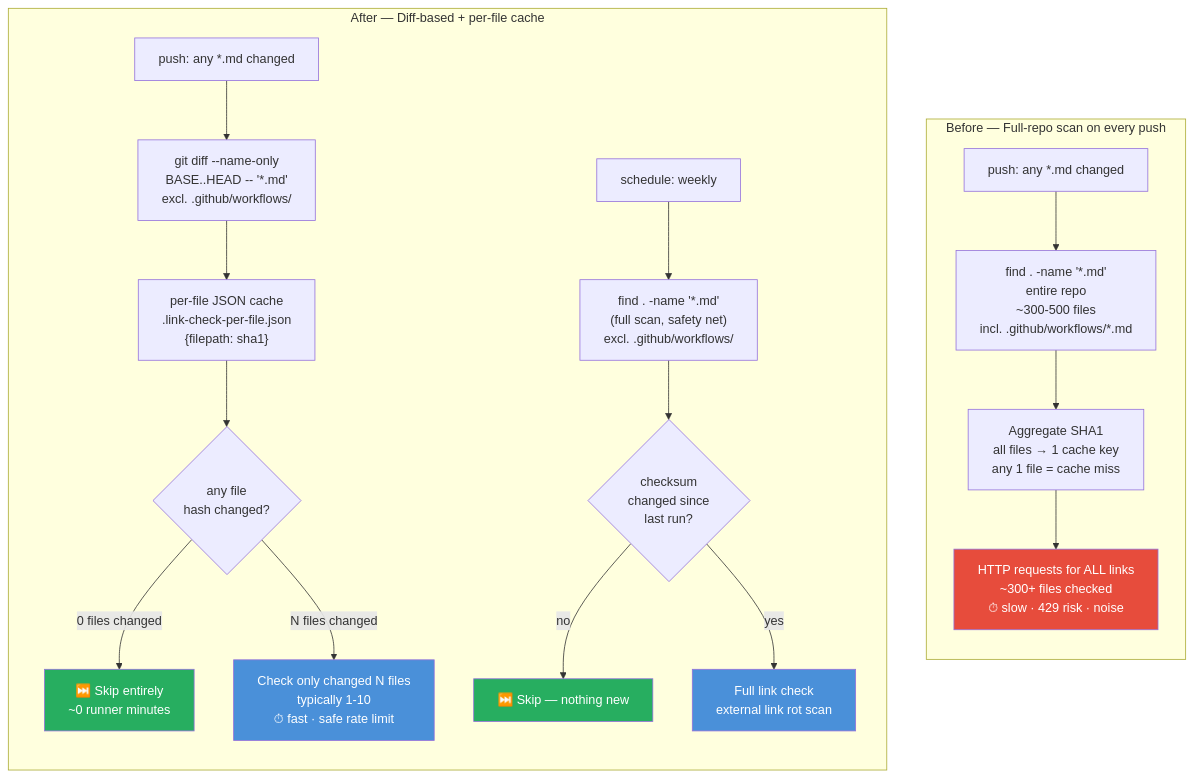
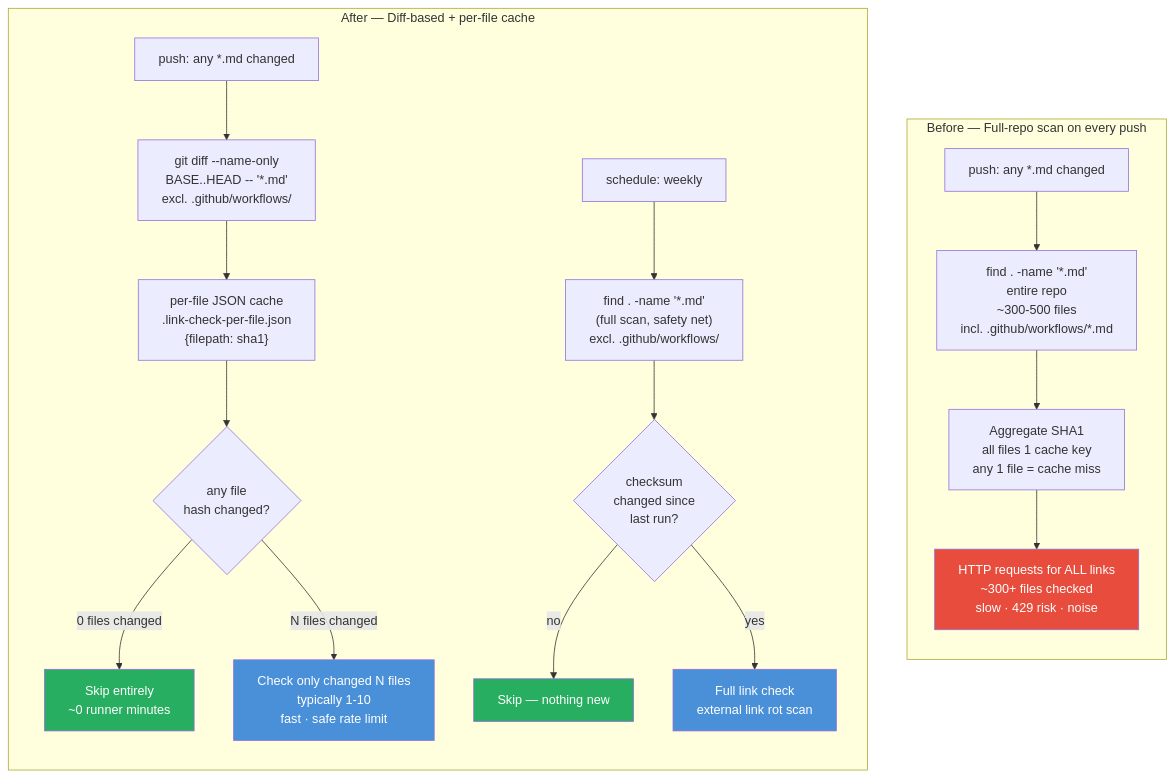
Before and after one commit to Aries-Serpent/_codex_: the fifth of 9 diagrams in docs/roadmap/PR4346_whats_next.md, drawn with Mermaid. The commit also changed other lines of this file and 4117 other files, not shown here.

````diff
--- a/docs/roadmap/PR4346_whats_next.md
+++ b/docs/roadmap/PR4346_whats_next.md
@@ -413,29 +442,42 @@
 ```mermaid
 %%{init: {'accessibility': {'title': 'Flowchart showing "push: any *.md changed", "find . -name '*.md'\nentire repo\n~300-500 files\nincl. .github/workflows/*.md"'}}%%
+
 flowchart TB
-    subgraph "Before — Full-repo scan on every push"
-        direction TB
-        P1["push: any *.md changed"] --> S1["find . -name '*.md'\nentire repo\n~300-500 files\nincl. .github/workflows/*.md"]
-        S1 --> C1["Aggregate SHA1\nall files → 1 cache key\nany 1 file = cache miss"]
-        C1 --> R1["HTTP requests for ALL links\n~300+ files checked\n⏱ slow · 429 risk · noise"]
-    end
+ subgraph "Before — Full-repo scan on every push"
+ direction TB
 
-    subgraph "After — Diff-based + per-file cache"
-        direction TB
-        P2["push: any *.md changed"] --> D2["git diff --name-only\nBASE..HEAD -- '*.md'\nexcl. .github/workflows/"]
-        D2 --> CF2["per-file JSON cache\n.link-check-per-file.json\n{filepath: sha1}"]
-        CF2 --> F2{any file\nhash changed?}
-        F2 -- "0 files changed" --> SK2["⏭️ Skip entirely\n~0 runner minutes"]
-        F2 -- "N files changed" --> R2["Check only changed N files\ntypically 1-10\n⏱ fast · safe rate limit"]
-        P3["schedule: weekly"] --> FS3["find . -name '*.md'\n(full scan, safety net)\nexcl. .github/workflows/"]
-        FS3 --> G3{checksum\nchanged since\nlast run?}
-        G3 -- no --> SK3["⏭️ Skip — nothing new"]
-        G3 -- yes --> R3["Full link check\nexternal link rot scan"]
-    end
+ P1["push: any *.md changed"] --> S1["find . -name '*.md'\nentire repo\n~300-500 files\nincl. .github/workflows/*.md"]
 
-    style SK2 fill:#27ae60,color:#fff
-    style SK3 fill:#27ae60,color:#fff
-    style R2 fill:#4a90d9,color:#fff
-    style R3 fill:#4a90d9,color:#fff
-    style R1 fill:#e74c3c,color:#fff
+ S1 --> C1["Aggregate SHA1\nall files 1 cache key\nany 1 file = cache miss"]
+
+ C1 --> R1["HTTP requests for ALL links\n~300+ files checked\n slow · 429 risk · noise"]
+ end
+
+ subgraph "After — Diff-based + per-file cache"
+ direction TB
+
+ P2["push: any *.md changed"] --> D2["git diff --name-only\nBASE..HEAD -- '*.md'\nexcl. .github/workflows/"]
+
+ D2 --> CF2["per-file JSON cache\n.link-check-per-file.json\n{filepath: sha1}"]
+
+ CF2 --> F2{any file\nhash changed?}
+
+ F2 -- "0 files changed" --> SK2[" Skip entirely\n~0 runner minutes"]
+
+ F2 -- "N files changed" --> R2["Check only changed N files\ntypically 1-10\n fast · safe rate limit"]
+
+ P3["schedule: weekly"] --> FS3["find . -name '*.md'\n(full scan, safety net)\nexcl. .github/workflows/"]
+
+ FS3 --> G3{checksum\nchanged since\nlast run?}
+
+ G3 -- no --> SK3[" Skip — nothing new"]
+
+ G3 -- yes --> R3["Full link check\nexternal link rot scan"]
+ end
+
+ style SK2 fill:#27ae60,color:#fff
+ style SK3 fill:#27ae60,color:#fff
+ style R2 fill:#4a90d9,color:#fff
+ style R3 fill:#4a90d9,color:#fff
+ style R1 fill:#e74c3c,color:#fff
 ```
````
